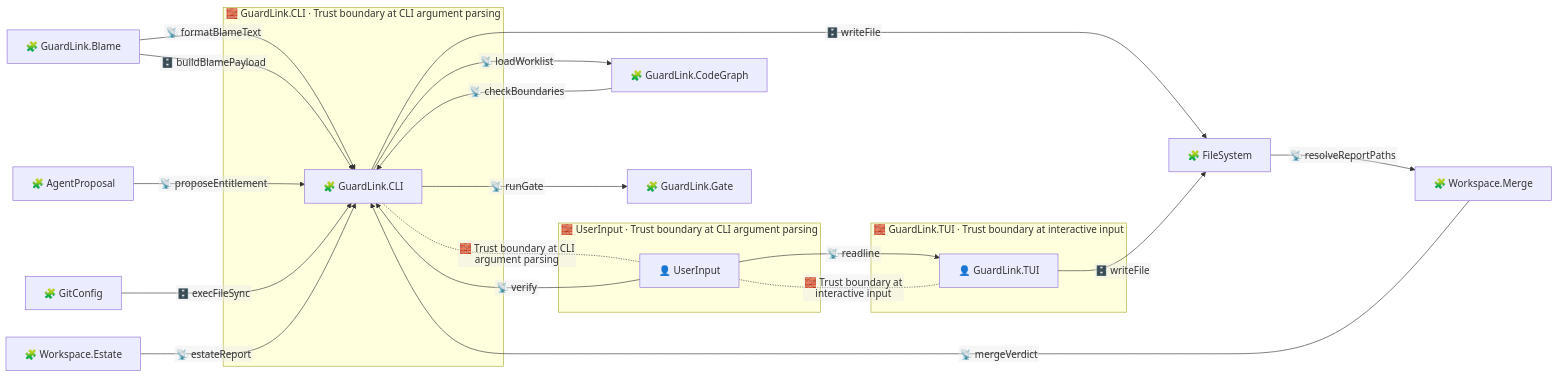
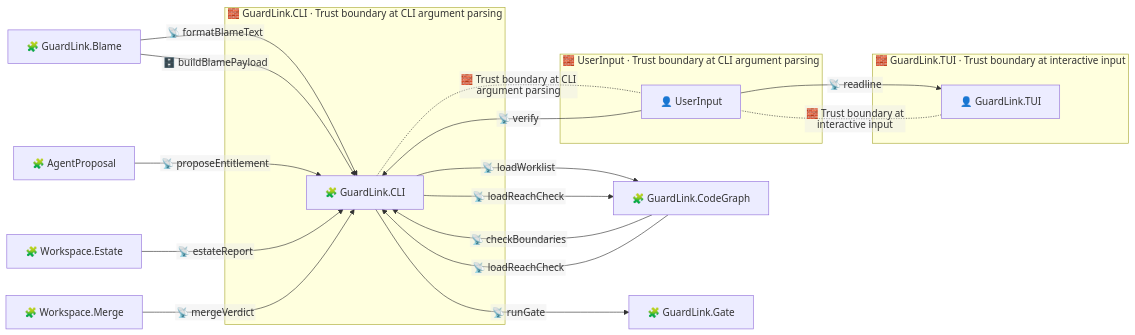
The diagram in .guardlink/graph/by-boundary/cli-input-boundary.mmd (Bugb-Technologies/guardlink), drawn with Mermaid before and after one commit. The commit also changed 85 other files, not shown here.

First line of the commit message:
feat(codegraph): measure declared agent reach against a code graph

```diff
--- a/.guardlink/graph/by-boundary/cli-input-boundary.mmd
+++ b/.guardlink/graph/by-boundary/cli-input-boundary.mmd
@@ -1,46 +1,42 @@
 %% GENERATED FILE — do not edit. Regenerate with: guardlink artifacts .
 %% artifact:        by-boundary/cli-input-boundary.mmd
 %% scope:           PARTIAL — the Trust boundary at CLI argument parsing between cli and userinput, and what flows across it
-%% annotation_hash: sha256-v3:a1cf0a80e85428155e1ab13b0f7ce83862a4e21e7d7a8488464e9038461f5059
+%% annotation_hash: sha256-v3:c469bfa1007f984711fa1bfca471817fe44e11b8c16014f8d8c5268ff6c08c0c
 %% generator:       guardlink@2.3.0
 %% ---
 %% This diagram is derived from the annotations in this repository. If
 %% annotation_hash above differs from what `guardlink status .` reports, the
 %% diagram is STALE — regenerate rather than trusting it.
 %% When it was generated and at which commit: ask git. Those move for reasons
 %% unrelated to the diagram, so they are reported at emission time, not stored.
 %%{init: {"flowchart": {"nodeSpacing": 44, "rankSpacing": 58, "curve": "basis", "htmlLabels": false}}}%%
 graph LR
   subgraph Z0["🧱 GuardLink.CLI · Trust boundary at CLI argument parsing"]
     cli["🧩 GuardLink.CLI"]
   end
   subgraph Z1["🧱 UserInput · Trust boundary at CLI argument parsing"]
     userinput["👤 UserInput"]
   end
   subgraph Z2["🧱 GuardLink.TUI · Trust boundary at interactive input"]
     tui["👤 GuardLink.TUI"]
   end
   blame["🧩 GuardLink.Blame"]
-  filesystem["🧩 FileSystem"]
   codegraph["🧩 GuardLink.CodeGraph"]
   gate["🧩 GuardLink.Gate"]
   agentproposal["🧩 AgentProposal"]
-  gitconfig["🧩 GitConfig"]
   estate_view["🧩 Workspace.Estate"]
   merge_engine["🧩 Workspace.Merge"]
   cli -.-|🧱 Trust boundary at CLI argument parsing| userinput
   tui -.-|🧱 Trust boundary at interactive input| userinput
   blame -- "📡 formatBlameText" --> cli
   blame -- "🗄️ buildBlamePayload" --> cli
-  cli -- "🗄️ writeFile" --> filesystem
   cli -- "📡 loadWorklist" --> codegraph
+  cli -- "📡 loadReachCheck" --> codegraph
   userinput -- "📡 verify" --> cli
   cli -- "📡 runGate" --> gate
   codegraph -- "📡 checkBoundaries" --> cli
+  codegraph -- "📡 loadReachCheck" --> cli
   agentproposal -- "📡 proposeEntitlement" --> cli
-  gitconfig -- "🗄️ execFileSync" --> cli
-  tui -- "🗄️ writeFile" --> filesystem
   userinput -- "📡 readline" --> tui
   estate_view -- "📡 estateReport" --> cli
   merge_engine -- "📡 mergeVerdict" --> cli
-  filesystem -- "📡 resolveReportPaths" --> merge_engine
```
